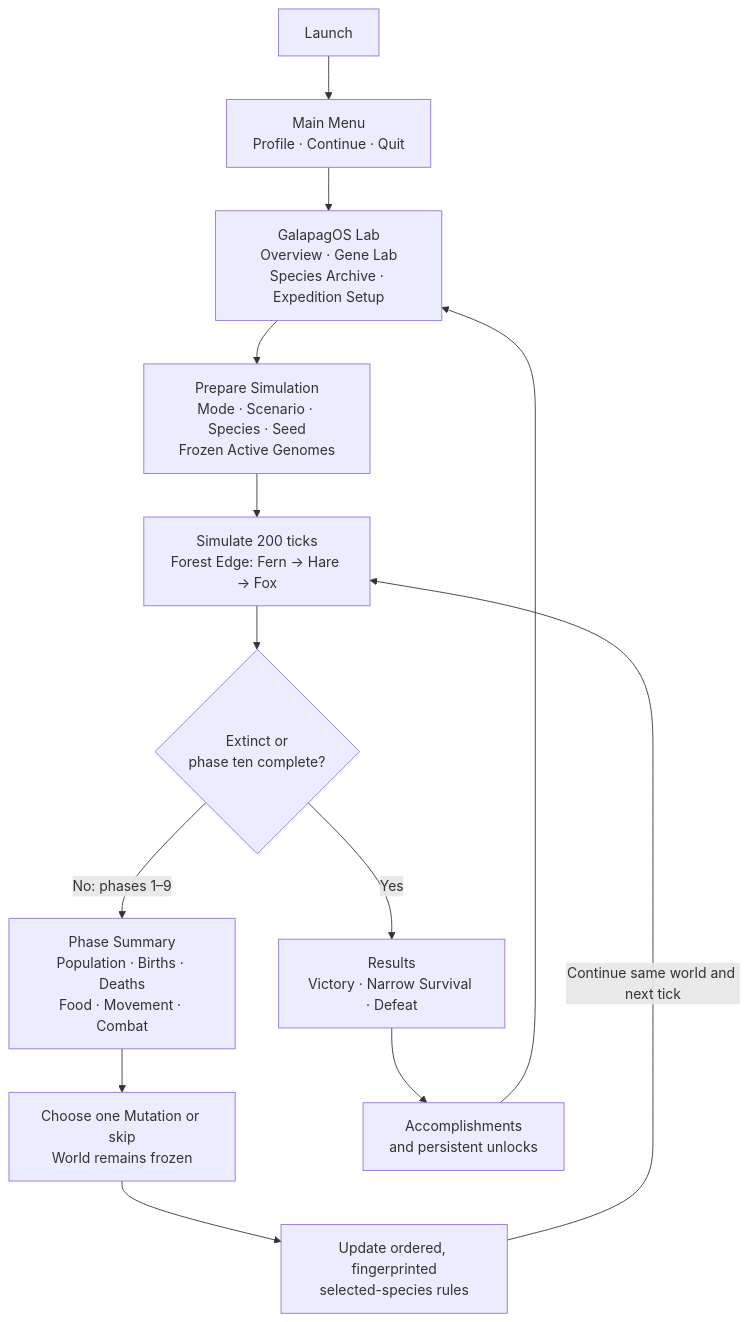
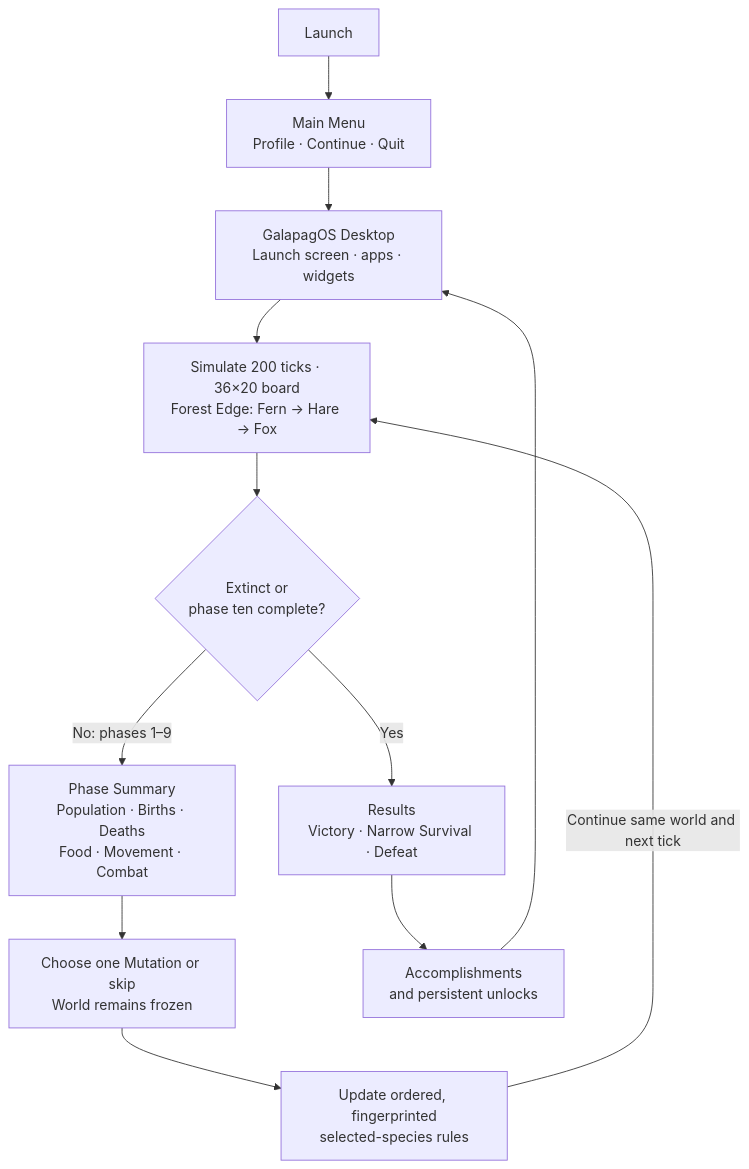
One commit to Saltylanguage/GameDev changed the first of 3 diagrams in LearningIndieDev/docs/Architecture Maps/GAME_ARCHITECTURE_AND_FLOWS.md. Above: the diagram before and after it, drawn with Mermaid. The commit also changed other lines of this file and 32 other files, not shown here.

Commit message:
docs: align roadmap and project handoff context

````diff
--- a/LearningIndieDev/docs/Architecture Maps/GAME_ARCHITECTURE_AND_FLOWS.md
+++ b/LearningIndieDev/docs/Architecture Maps/GAME_ARCHITECTURE_AND_FLOWS.md
@@ -13,23 +13,21 @@
 ```mermaid
 flowchart TB
     START["Launch"]
     MENU["Main Menu<br/>Profile · Continue · Quit"]
-    LAB["GalapagOS Lab<br/>Overview · Gene Lab<br/>Species Archive · Expedition Setup"]
-    SETUP["Prepare Simulation<br/>Mode · Scenario · Species · Seed<br/>Frozen Active Genomes"]
-
-    SIM["Simulate 200 ticks<br/>Forest Edge: Fern → Hare → Fox"]
+    DESKTOP["GalapagOS Desktop<br/>Launch screen · apps · widgets"]
+    SIM["Simulate 200 ticks · 36×20 board<br/>Forest Edge: Fern → Hare → Fox"]
     END{"Extinct or<br/>phase ten complete?"}
     SUMMARY["Phase Summary<br/>Population · Births · Deaths<br/>Food · Movement · Combat"]
     UPGRADE["Choose one Mutation or skip<br/>World remains frozen"]
     RULESET["Update ordered, fingerprinted<br/>selected-species rules"]
 
     RESULTS["Results<br/>Victory · Narrow Survival · Defeat"]
     REWARD["Accomplishments<br/>and persistent unlocks"]
 
-    START --> MENU --> LAB --> SETUP --> SIM
+    START --> MENU --> DESKTOP --> SIM
     SIM --> END
 
     END -->|"No: phases 1–9"| SUMMARY --> UPGRADE --> RULESET
     RULESET -->|"Continue same world and next tick"| SIM
-    END -->|"Yes"| RESULTS --> REWARD --> LAB
+    END -->|"Yes"| RESULTS --> REWARD --> DESKTOP
 ```
````
